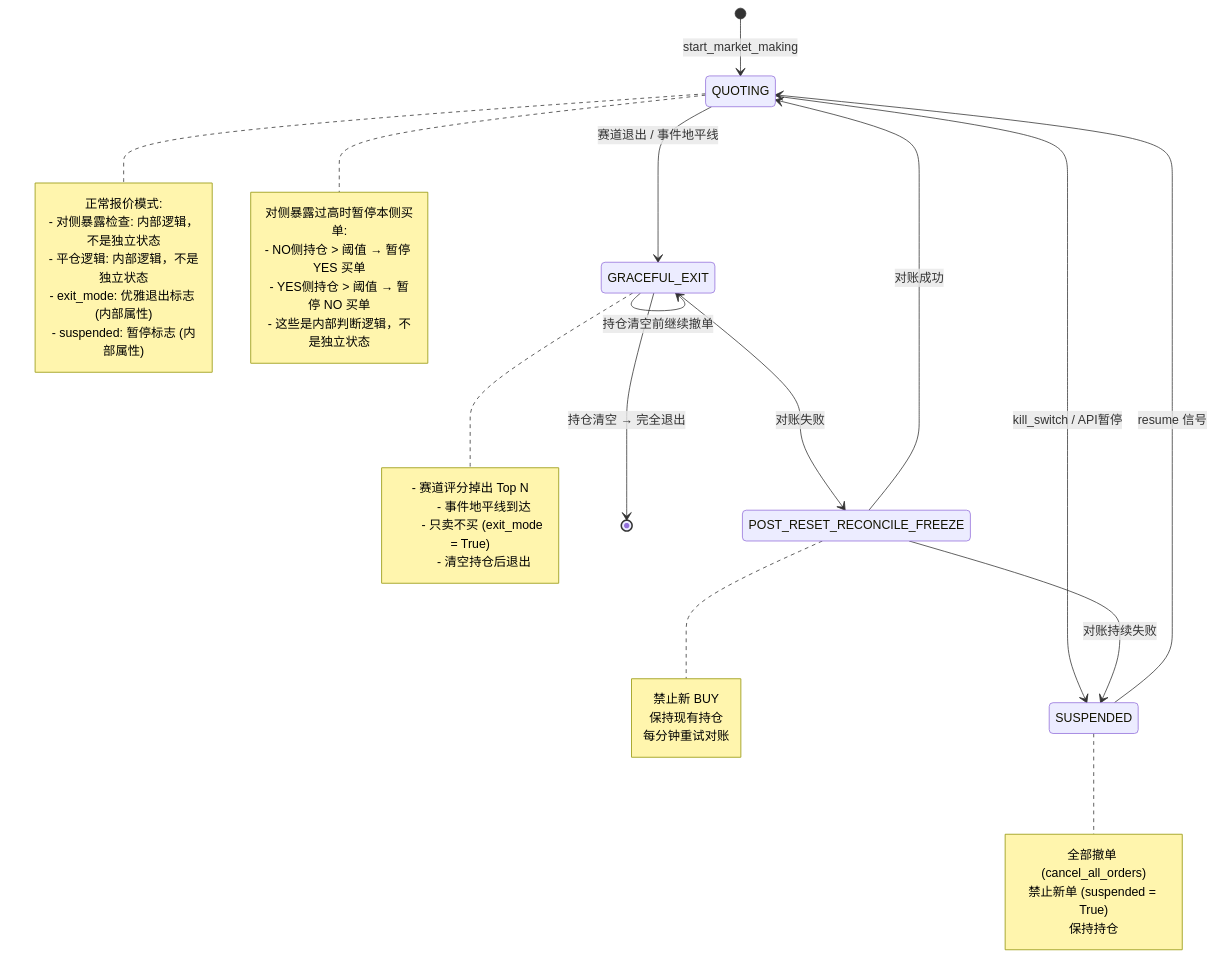
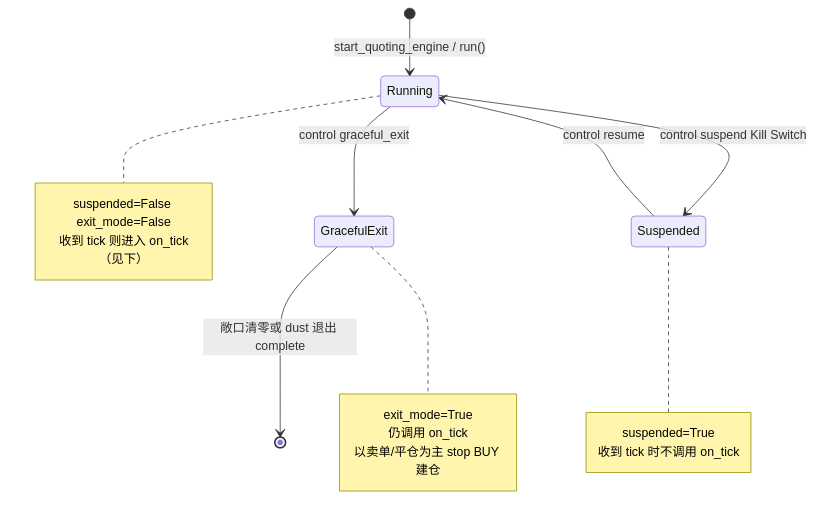
One commit to liu-kaining/PolyMatrixEngine changed the diagram in spec/architecture_diagrams/03_quoting_state_machine.md. Above: the diagram before and after it, drawn with Mermaid. The commit also changed other lines of this file and 12 other files, not shown here.

````diff
--- a/spec/architecture_diagrams/03_quoting_state_machine.md
+++ b/spec/architecture_diagrams/03_quoting_state_machine.md
@@ -3,60 +9,32 @@
 ```mermaid
 %%{init: {'theme': 'base', 'themeVariables': {
   'primaryColor': '#1e3a5f',
   'primaryTextColor': '#ffffff',
   'primaryBorderColor': '#334155',
   'lineColor': '#64748b'
 }}%%
 stateDiagram-v2
-    [*] --> QUOTING: start_market_making
+    [*] --> Running: start_quoting_engine / run()
 
-    %% 主状态
-    QUOTING --> GRACEFUL_EXIT: 赛道退出 / 事件地平线
-    QUOTING --> SUSPENDED: kill_switch / API暂停
+    Running --> Suspended: control suspend Kill Switch
+    Suspended --> Running: control resume
 
-    note right of QUOTING
-        正常报价模式:
-        - 对侧暴露检查: 内部逻辑，不是独立状态
-        - 平仓逻辑: 内部逻辑，不是独立状态
-        - exit_mode: 优雅退出标志 (内部属性)
-        - suspended: 暂停标志 (内部属性)
+    Running --> GracefulExit: control graceful_exit
+    GracefulExit --> [*]: 敞口清零或 dust 退出 complete
+
+    note right of Running
+        suspended=False exit_mode=False
+        收到 tick 则进入 on_tick（见下）
     end note
 
-    %% 退出状态
-    GRACEFUL_EXIT --> GRACEFUL_EXIT: 持仓清空前继续撤单
-    GRACEFUL_EXIT --> POST_RESET_RECONCILE_FREEZE: 对账失败
-    GRACEFUL_EXIT --> [*]: 持仓清空 → 完全退出
-
-    %% 暂停状态
-    SUSPENDED --> QUOTING: resume 信号
-
-    %% 对账冻结
-    POST_RESET_RECONCILE_FREEZE --> QUOTING: 对账成功
-    POST_RESET_RECONCILE_FREEZE --> SUSPENDED: 对账持续失败
-
-    note right of QUOTING
-        对侧暴露过高时暂停本侧买单:
-        - NO侧持仓 > 阈值 → 暂停 YES 买单
-        - YES侧持仓 > 阈值 → 暂停 NO 买单
-        - 这些是内部判断逻辑，不是独立状态
+    note right of Suspended
+        suspended=True
+        收到 tick 时不调用 on_tick
     end note
 
-    note right of GRACEFUL_EXIT
-        - 赛道评分掉出 Top N
-        - 事件地平线到达
-        - 只卖不买 (exit_mode = True)
-        - 清空持仓后退出
-    end note
-
-    note right of SUSPENDED
-        全部撤单 (cancel_all_orders)
-        禁止新单 (suspended = True)
-        保持持仓
-    end note
-
-    note right of POST_RESET_RECONCILE_FREEZE
-        禁止新 BUY
-        保持现有持仓
-        每分钟重试对账
+    note right of GracefulExit
+        exit_mode=True
+        仍调用 on_tick
+        以卖单/平仓为主 stop BUY 建仓
     end note
 ```
````
